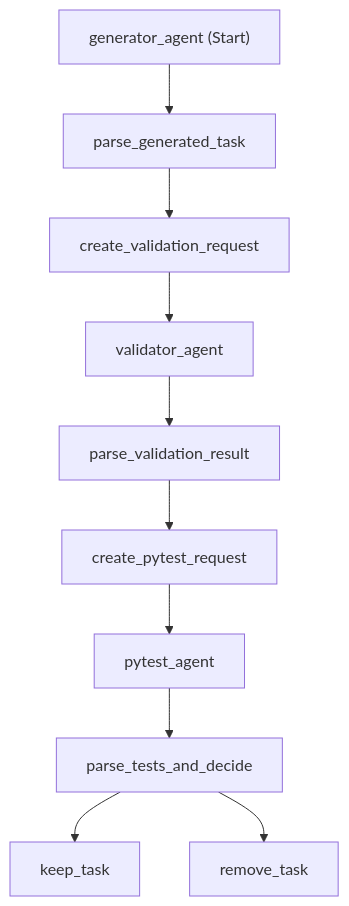
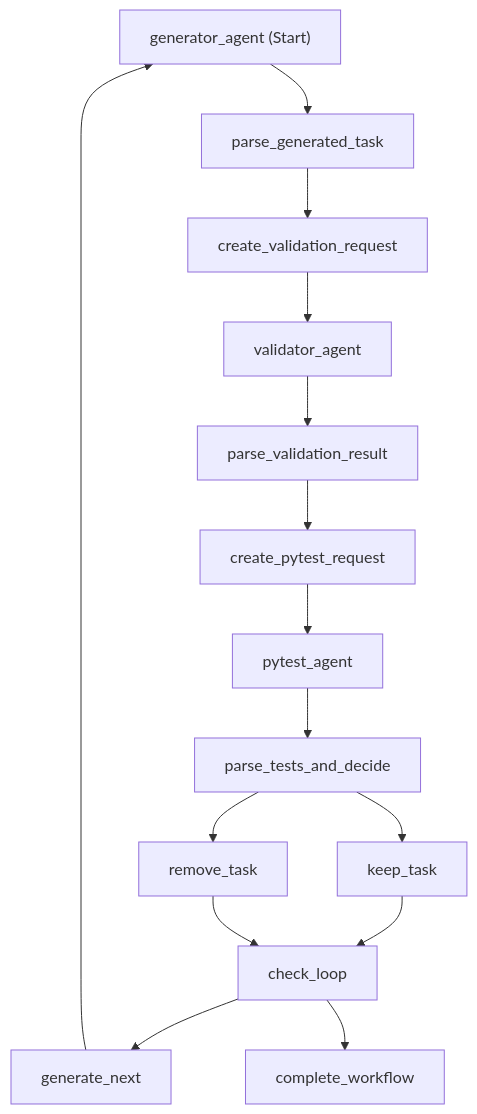
Before and after one commit to wongcyrus/k8s-game-rule-builder: the diagram in WORKFLOW.md, drawn with Mermaid. The commit also changed other lines of this file and 7 other files, not shown here.

First line of the commit message:
feat(workflow): Add workflow loop for multiple task generation with statistics

````diff
--- a/WORKFLOW.md
+++ b/WORKFLOW.md
@@ -20,22 +20,30 @@
 ```mermaid
 flowchart TD
   generator_agent["generator_agent (Start)"];
   parse_generated_task["parse_generated_task"];
   create_validation_request["create_validation_request"];
   validator_agent["validator_agent"];
   parse_validation_result["parse_validation_result"];
   create_pytest_request["create_pytest_request"];
   pytest_agent["pytest_agent"];
   parse_tests_and_decide["parse_tests_and_decide"];
   keep_task["keep_task"];
   remove_task["remove_task"];
+  check_loop["check_loop"];
+  generate_next["generate_next"];
+  complete_workflow["complete_workflow"];
   generator_agent --> parse_generated_task;
   parse_generated_task --> create_validation_request;
   create_validation_request --> validator_agent;
   validator_agent --> parse_validation_result;
   parse_validation_result --> create_pytest_request;
   create_pytest_request --> pytest_agent;
   pytest_agent --> parse_tests_and_decide;
   parse_tests_and_decide --> keep_task;
   parse_tests_and_decide --> remove_task;
+  keep_task --> check_loop;
+  remove_task --> check_loop;
+  check_loop --> generate_next;
+  check_loop --> complete_workflow;
+  generate_next --> generator_agent;
 ```
````
